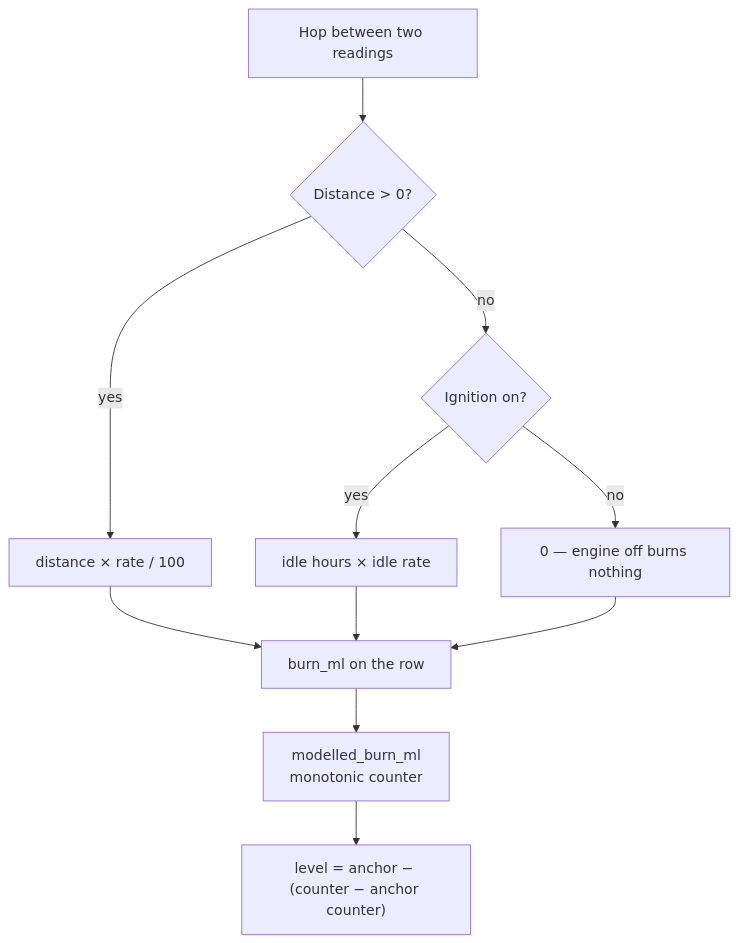
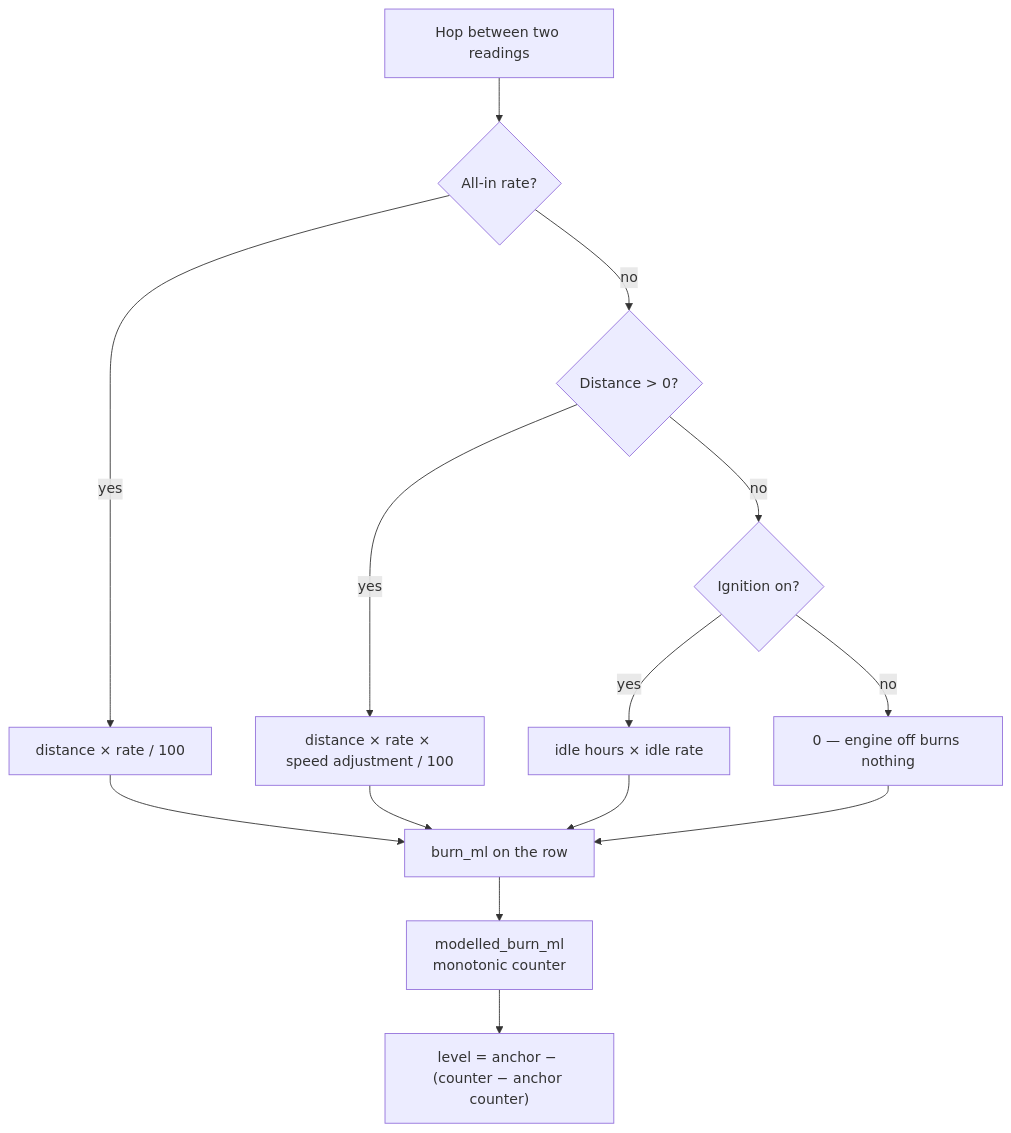
One commit to amaben2020/FuelSense changed the diagram in docs-site/docs/data/fuel-model.md. Above: the diagram before and after it, drawn with Mermaid. The commit also changed other lines of this file and 6 other files, not shown here.

````diff
--- a/docs-site/docs/data/fuel-model.md
+++ b/docs-site/docs/data/fuel-model.md
@@ -33,13 +106,16 @@
 ```mermaid
 flowchart TD
-  H["Hop between two readings"] --> M{"Distance > 0?"}
-  M -->|yes| D["distance × rate / 100"]
+  H["Hop between two readings"] --> A{"All-in rate?"}
+  A -->|yes| F["distance × rate / 100"]
+  A -->|no| M{"Distance > 0?"}
+  M -->|yes| D["distance × rate × speed adjustment / 100"]
   M -->|no| I{"Ignition on?"}
   I -->|yes| J["idle hours × idle rate"]
   I -->|no| Z["0 — engine off burns nothing"]
-  D --> B["burn_ml on the row"]
+  F --> B["burn_ml on the row"]
+  D --> B
   J --> B
   Z --> B
   B --> T["modelled_burn_ml<br/>monotonic counter"]
   T --> L["level = anchor − (counter − anchor counter)"]
 ```
````
